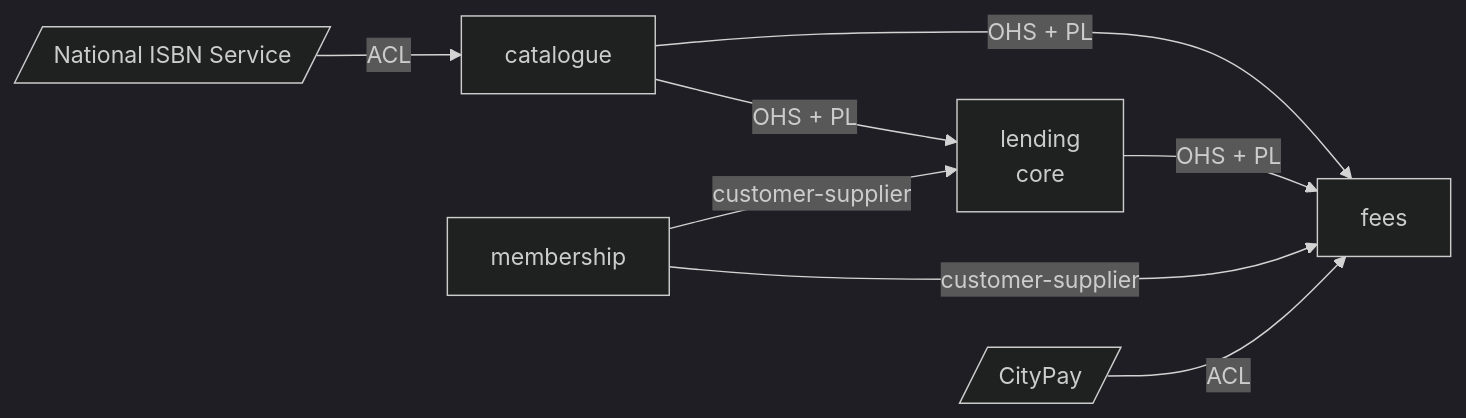
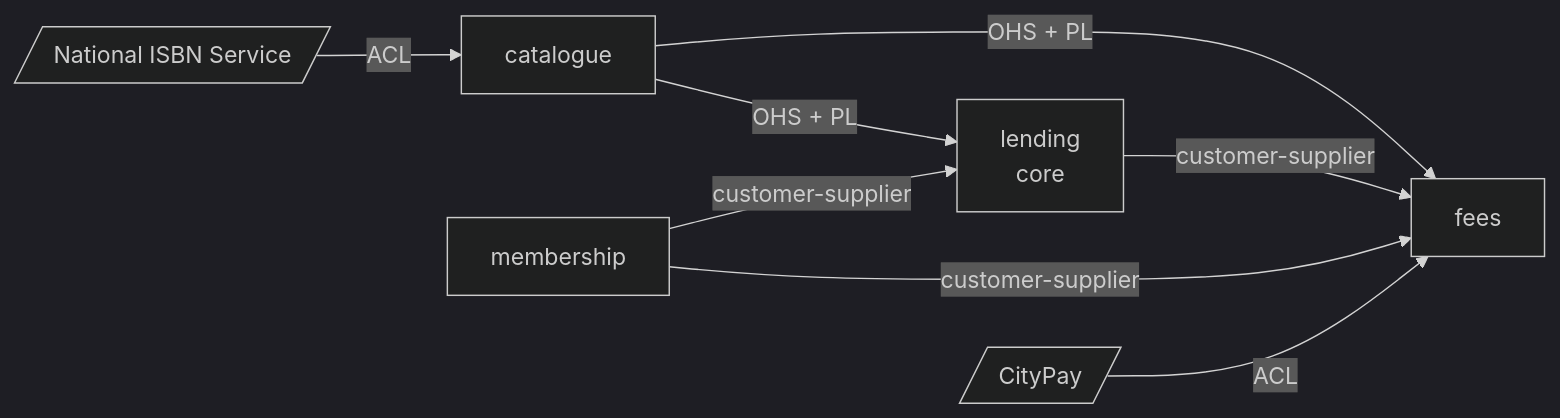
One commit to fwegener83/library-example changed the diagram in chapters/03-strategic-design.md. Above: the diagram before and after it, drawn with Mermaid (dark theme). The commit also changed other lines of this file and 12 other files, not shown here.

First line of the commit message:
Chapter 5: ADR 9 and C-25 accepted by the maintainer; lending -> fees customer-supplier

````diff
--- a/chapters/03-strategic-design.md
+++ b/chapters/03-strategic-design.md
@@ -64,10 +64,10 @@
 ```mermaid
 flowchart LR
     ISBN[/National ISBN Service/] -->|ACL| CAT[catalogue]
     CAT -->|OHS + PL| LEN[lending<br/>core]
     CAT -->|OHS + PL| FEE[fees]
     MEM[membership] -->|customer-supplier| LEN
-    LEN -->|OHS + PL| FEE
+    LEN -->|customer-supplier| FEE
     MEM -->|customer-supplier| FEE
     PAY[/CityPay/] -->|ACL| FEE
 ```
````
